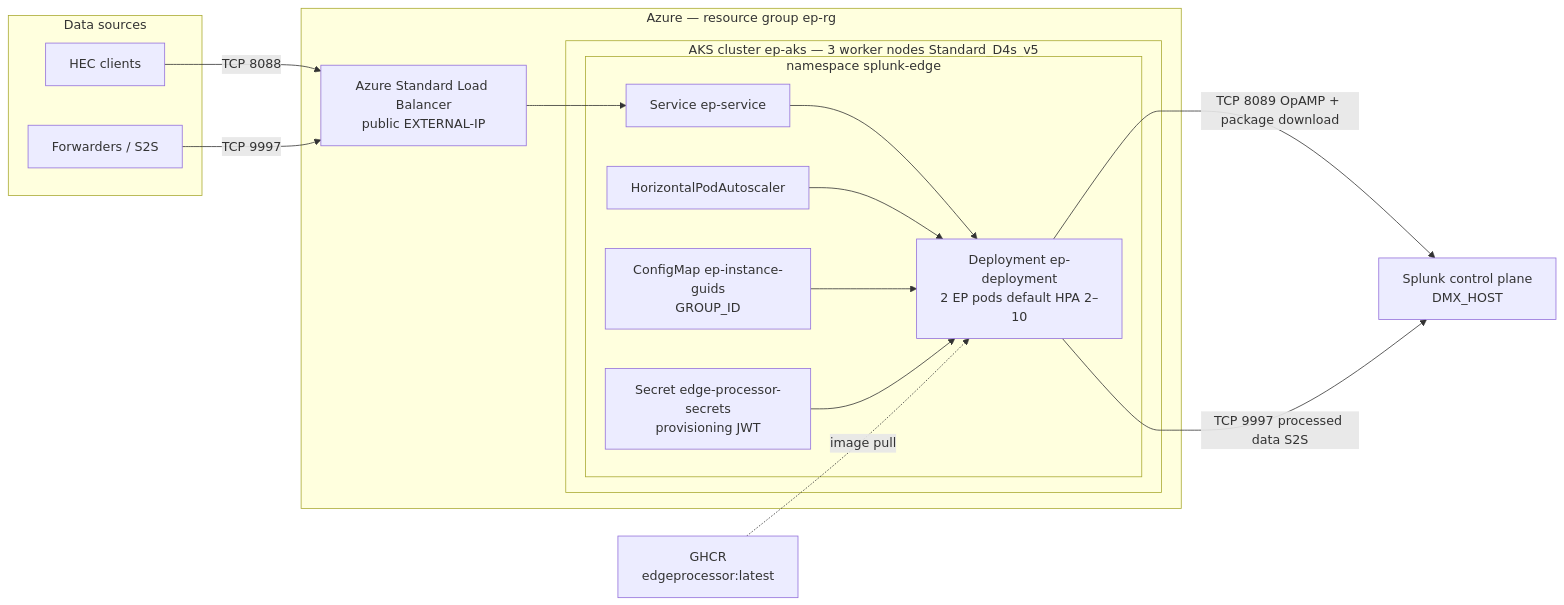
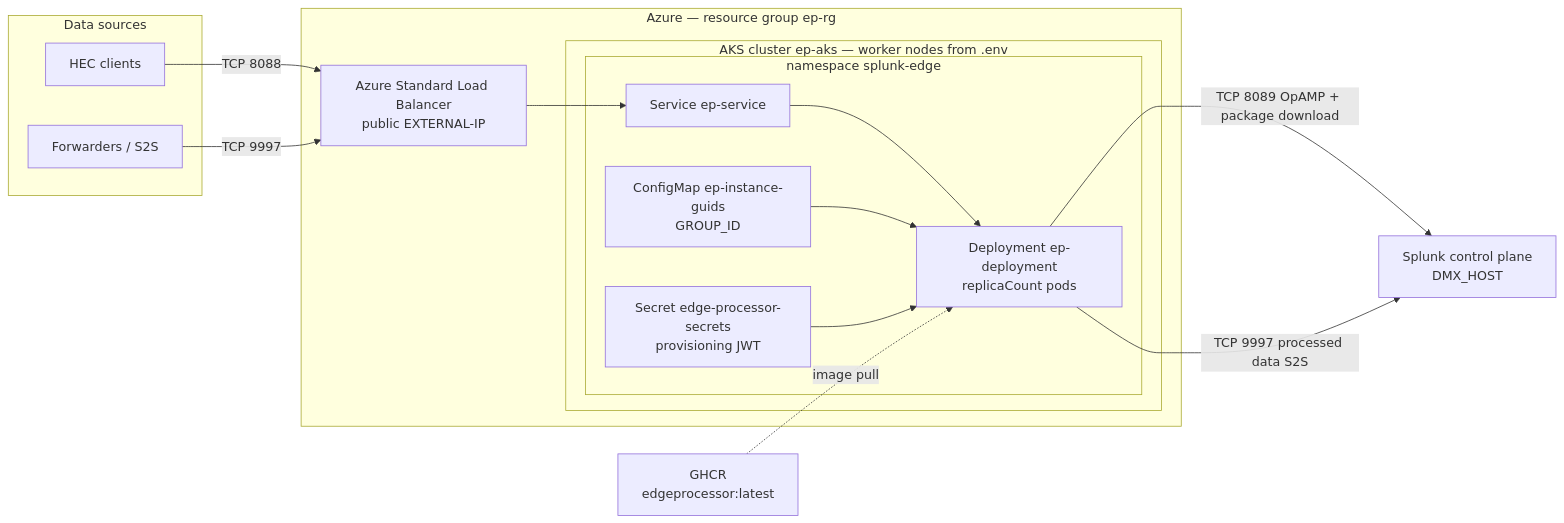
One commit to joshal-source/EP_AKS changed the diagram in README.md. Above: the diagram before and after it, drawn with Mermaid. The commit also changed other lines of this file and 8 other files, not shown here.

First line of the commit message:
Remove HPA and use static replicaCount for EP pods.

````diff
--- a/README.md
+++ b/README.md
@@ -24,34 +24,32 @@
 ```mermaid
 flowchart LR
   subgraph sources["Data sources"]
     HEC["HEC clients"]
     UF["Forwarders / S2S"]
   end
 
   subgraph azure["Azure — resource group ep-rg"]
-    subgraph aks["AKS cluster ep-aks — 3 worker nodes Standard_D4s_v5"]
+    subgraph aks["AKS cluster ep-aks — worker nodes from .env"]
       subgraph ns["namespace splunk-edge"]
-        dep["Deployment ep-deployment<br/>2 EP pods default HPA 2–10"]
+        dep["Deployment ep-deployment<br/>replicaCount pods"]
         svc["Service ep-service"]
-        hpa["HorizontalPodAutoscaler"]
         cm["ConfigMap ep-instance-guids<br/>GROUP_ID"]
         sec["Secret edge-processor-secrets<br/>provisioning JWT"]
       end
     end
     lb["Azure Standard Load Balancer<br/>public EXTERNAL-IP"]
   end
 
   ghcr["GHCR<br/>edgeprocessor:latest"]
   splunk["Splunk control plane<br/>DMX_HOST"]
 
   HEC -->|"TCP 8088"| lb
   UF -->|"TCP 9997"| lb
   lb --> svc
   svc --> dep
-  hpa --> dep
   cm --> dep
   sec --> dep
   ghcr -.->|"image pull"| dep
   dep -->|"TCP 8089 OpAMP + package download"| splunk
   dep -->|"TCP 9997 processed data S2S"| splunk
 ```
````
